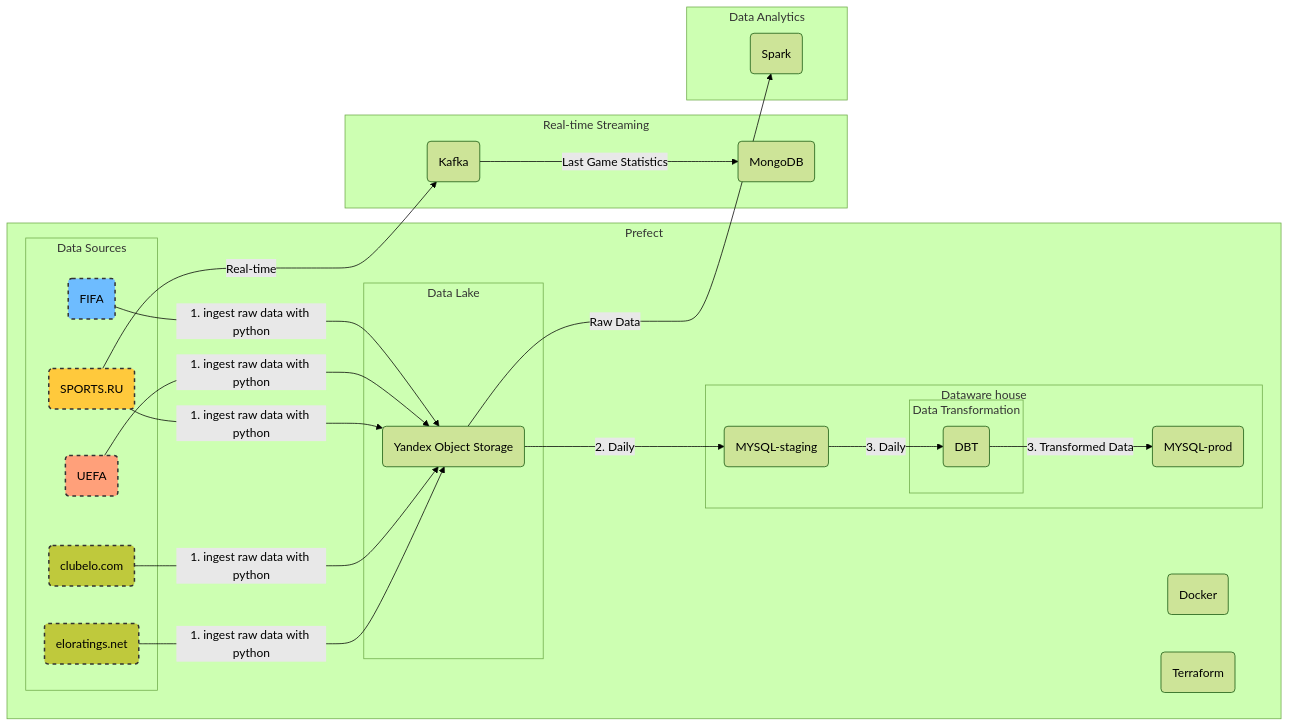
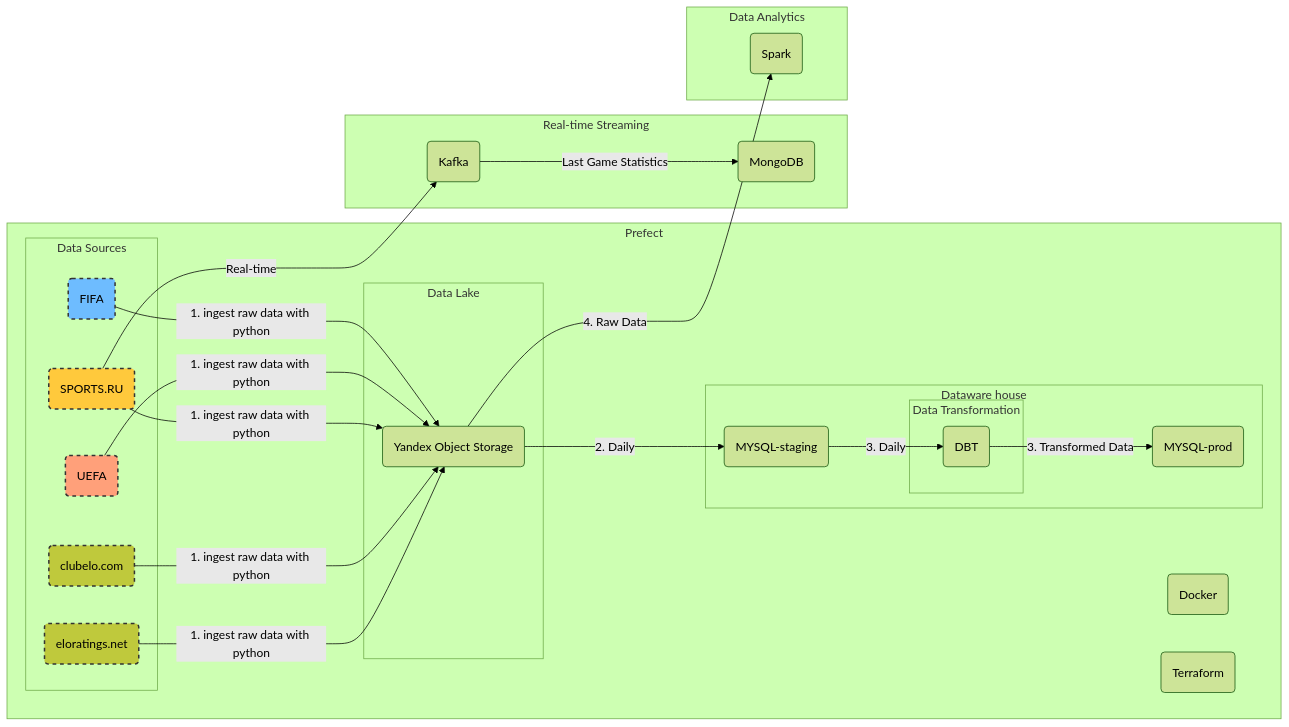
The first of 2 diagrams in README.md (DonaldWipper/Football-Tournaments-Data-Archive), drawn with Mermaid (forest theme) before and after one commit.

Commit message:
add dbt commands

````diff
--- a/README.md
+++ b/README.md
@@ -55,59 +55,59 @@
 ```mermaid
 flowchart LR
 
 style A fill:#6ebcff,stroke:#333,stroke-width:2px,stroke-dasharray: 5, 5;
 style B fill:#ffa07a,stroke:#333,stroke-width:2px,stroke-dasharray: 5, 5;
 style C fill:#ffc93c,stroke:#333,stroke-width:2px,stroke-dasharray: 5, 5;
 style S fill:#bfc93c,stroke:#333,stroke-width:2px,stroke-dasharray: 5, 5;
 style Y fill:#bfc93c,stroke:#333,stroke-width:2px,stroke-dasharray: 5, 5;
 
 subgraph "Prefect"
 Z(Docker)
 X(Terraform)
 subgraph "Data Sources"
 A(FIFA)
 B(UEFA)
 C(SPORTS.RU)
 S(clubelo.com)
 Y(eloratings.net)
 
 end
 
 
 
     subgraph "Data Lake"
         E(Yandex Object Storage)
         
     end
 
     subgraph "Dataware house"
         F(MYSQL-staging)
         subgraph "Data Transformation"
         G(DBT)
         end
         L(MYSQL-prod)
     end
 end
 
 
 subgraph "Real-time Streaming"
 H(Kafka)
 I(MongoDB)
 end
 
 subgraph "Data Analytics"
 J(Spark)
 end
 
 A -- 1. ingest raw data with python--> E 
 B -- 1. ingest raw data with python--> E
 C -- 1. ingest raw data with python--> E
 S -- 1. ingest raw data with python--> E
 Y -- 1. ingest raw data with python--> E
 E -- 2. Daily --> F
 F -- 3. Daily --> G
 G -- 3. Transformed Data --> L
 C -- Real-time --> H
 H -- Last Game Statistics  --> I
-E -- Raw Data --> J
+E -- 4. Raw Data --> J
 ```
````
